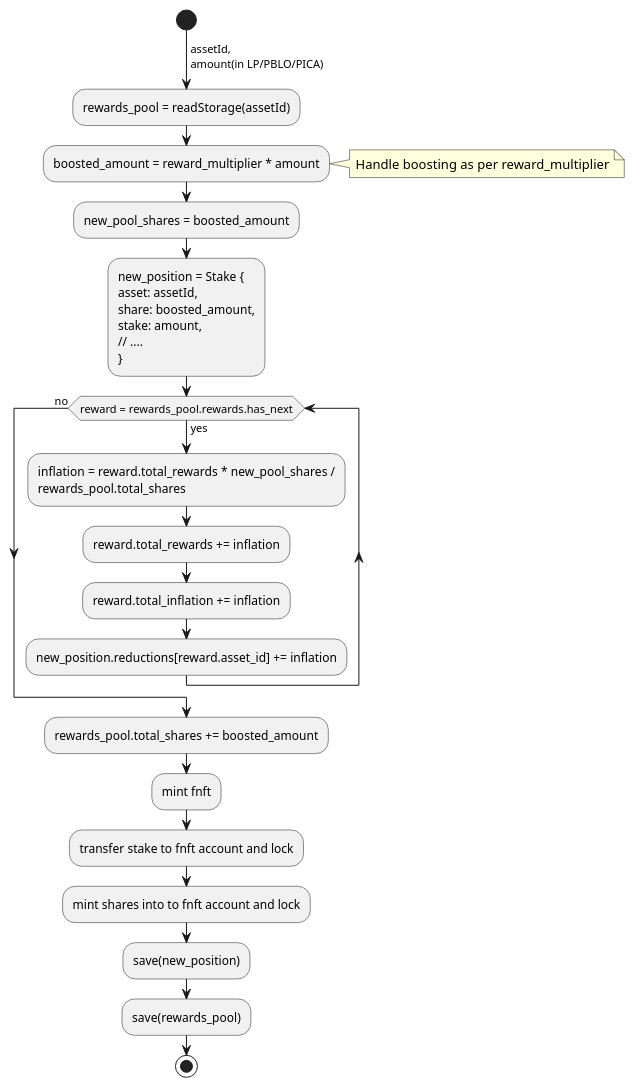
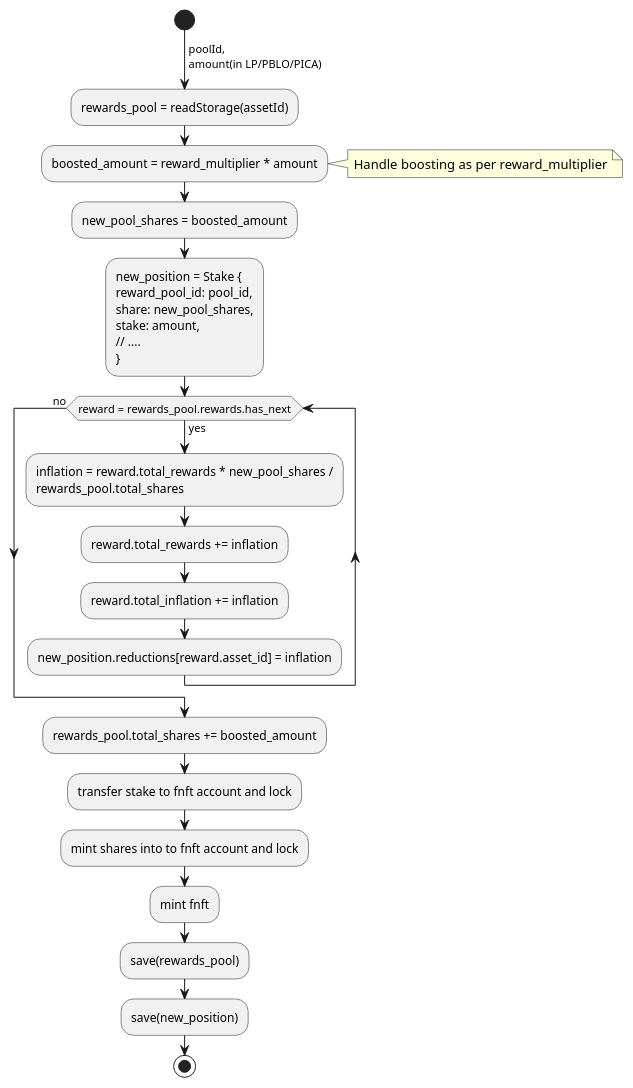
The fourth of 11 diagrams in rfcs/0005-pablo-distribution-assets/0005-pablo-distribution.adoc (ComposableFi/composable), drawn with PlantUML before and after one commit. The commit also changed other lines of this file and 8 other files, not shown here.

Commit message:
pablo & staking rewards rfc review. Updated diagrams for staking, extend position, unstake, update reward pool, reward accumulation hook, split position, claim. Fixed the links

```diff
--- a/rfcs/0005-pablo-distribution-assets/0005-pablo-distribution.adoc
+++ b/rfcs/0005-pablo-distribution-assets/0005-pablo-distribution.adoc
@@ -402,28 +398,28 @@
 [plantuml,images/staking,png]
 ----
 start
-->assetId,\namount(in LP/PBLO/PICA);
+->poolId,\namount(in LP/PBLO/PICA);
 :rewards_pool = readStorage(assetId);
 :boosted_amount = reward_multiplier * amount;
 note right: Handle boosting as per reward_multiplier
 :new_pool_shares = boosted_amount;
 :new_position = Stake {
-asset: assetId,
-share: boosted_amount,
+reward_pool_id: pool_id,
+share: new_pool_shares,
 stake: amount,
 // ....
 };
 while (reward = rewards_pool.rewards.has_next) is (yes)
     :inflation = reward.total_rewards * new_pool_shares /\nrewards_pool.total_shares;
     :reward.total_rewards += inflation;
     :reward.total_inflation += inflation;
-    :new_position.reductions[reward.asset_id] += inflation;
+    :new_position.reductions[reward.asset_id] = inflation;
 endwhile (no)
 :rewards_pool.total_shares += boosted_amount;
-:mint fnft;
 :transfer stake to fnft account and lock;
 :mint shares into to fnft account and lock;
+:mint fnft;
+:save(rewards_pool);
 :save(new_position);
-:save(rewards_pool);
 stop
 ----
```
